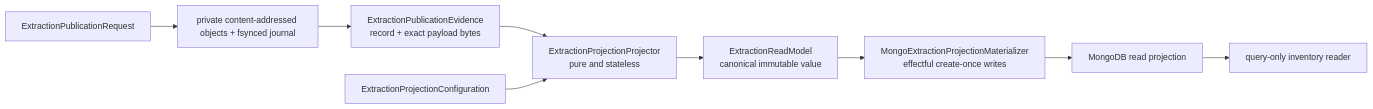
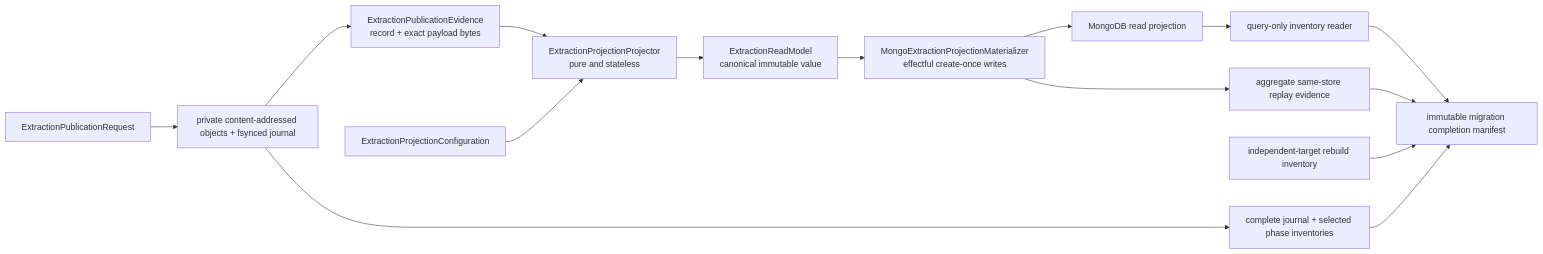
One commit to eragasa/projectkoios-ingestion changed the diagram in docs/architecture/projectkoios/ingestion/storage/extraction/schematic.md. Above: the diagram before and after it, drawn with Mermaid. The commit also changed other lines of this file and 67 other files, not shown here.

````diff
--- a/docs/architecture/projectkoios/ingestion/storage/extraction/schematic.md
+++ b/docs/architecture/projectkoios/ingestion/storage/extraction/schematic.md
@@ -3,21 +3,31 @@
 ```mermaid
 flowchart LR
     Request["ExtractionPublicationRequest"]
     Disk["private content-addressed objects + fsynced journal"]
     Record["ExtractionPublicationEvidence<br/>record + exact payload bytes"]
     Config["ExtractionProjectionConfiguration"]
     Projector["ExtractionProjectionProjector<br/>pure and stateless"]
     ReadModel["ExtractionReadModel<br/>canonical immutable value"]
     Materializer["MongoExtractionProjectionMaterializer<br/>effectful create-once writes"]
     Mongo["MongoDB read projection"]
     Inventory["query-only inventory reader"]
+    Replay["aggregate same-store replay evidence"]
+    Rebuild["independent-target rebuild inventory"]
+    JournalInventory["complete journal + selected phase inventories"]
+    Completion["immutable migration completion manifest"]
 
     Request --> Disk
     Disk --> Record
     Record --> Projector
     Config --> Projector
     Projector --> ReadModel
     ReadModel --> Materializer
     Materializer --> Mongo
     Mongo --> Inventory
+    Materializer --> Replay
+    Disk --> JournalInventory
+    Inventory --> Completion
+    Replay --> Completion
+    Rebuild --> Completion
+    JournalInventory --> Completion
 ```
````
